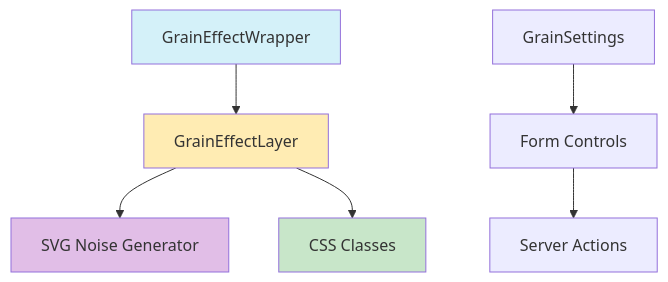
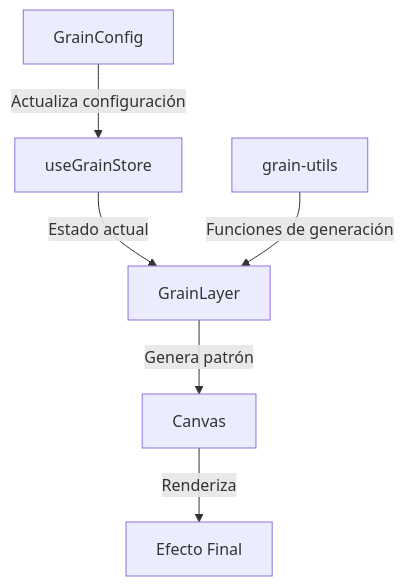
Before and after one commit to gvastethecreator/media-manager: the diagram in src/components/features/entity-cards/layers/grain/README.md, drawn with Mermaid. The commit also changed other lines of this file and 161 other files, not shown here.

````diff
--- a/src/components/features/entity-cards/layers/grain/README.md
+++ b/src/components/features/entity-cards/layers/grain/README.md
@@ -8,13 +24,8 @@
 ```mermaid
 graph TD
-    A[GrainEffectWrapper] --> B[GrainEffectLayer]
-    B --> C[SVG Noise Generator]
-    B --> D[CSS Classes]
-    E[GrainSettings] --> F[Form Controls]
-    F --> G[Server Actions]
-
-    style A fill:#d4f1f9
-    style B fill:#ffecb3
-    style C fill:#e1bee7
-    style D fill:#c8e6c9
+    A[GrainConfig] -->|Actualiza configuración| B[useGrainStore]
+    B -->|Estado actual| C[GrainLayer]
+    C -->|Genera patrón| D[Canvas]
+    D -->|Renderiza| E[Efecto Final]
+    F[grain-utils] -->|Funciones de generación| C
 ```
````
